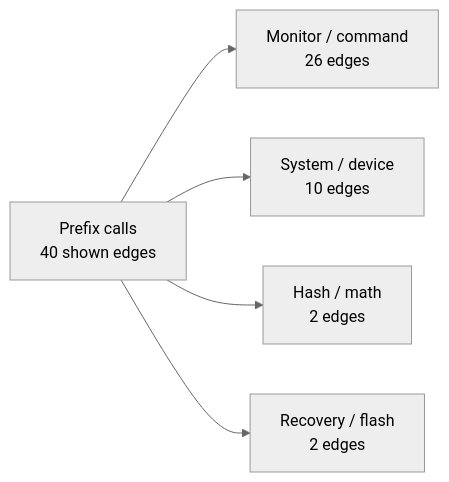
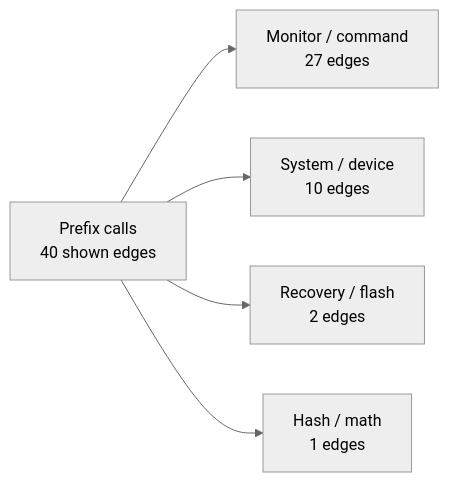
Before and after one commit to 95westus/R-YORS: the first of 7 diagrams in DOC/GENERATED/ROUTINE_CLASS_DIAGRAM.md, drawn with Mermaid (neutral theme). The commit also changed other lines of this file and 53 other files, not shown here.

````diff
--- a/DOC/GENERATED/ROUTINE_CLASS_DIAGRAM.md
+++ b/DOC/GENERATED/ROUTINE_CLASS_DIAGRAM.md
@@ -14,7 +14,7 @@
 ```mermaid
 flowchart LR
-    MAP_ROOT_PREFIX_CALLS["Prefix calls<br/>40 shown edges"] --> MAP_FAMILY_MONITOR___COMMAND["Monitor / command<br/>26 edges"]
+    MAP_ROOT_PREFIX_CALLS["Prefix calls<br/>40 shown edges"] --> MAP_FAMILY_MONITOR___COMMAND["Monitor / command<br/>27 edges"]
     MAP_ROOT_PREFIX_CALLS["Prefix calls<br/>40 shown edges"] --> MAP_FAMILY_SYSTEM___DEVICE["System / device<br/>10 edges"]
-    MAP_ROOT_PREFIX_CALLS["Prefix calls<br/>40 shown edges"] --> MAP_FAMILY_HASH___MATH["Hash / math<br/>2 edges"]
     MAP_ROOT_PREFIX_CALLS["Prefix calls<br/>40 shown edges"] --> MAP_FAMILY_RECOVERY___FLASH["Recovery / flash<br/>2 edges"]
+    MAP_ROOT_PREFIX_CALLS["Prefix calls<br/>40 shown edges"] --> MAP_FAMILY_HASH___MATH["Hash / math<br/>1 edges"]
 ```
````
